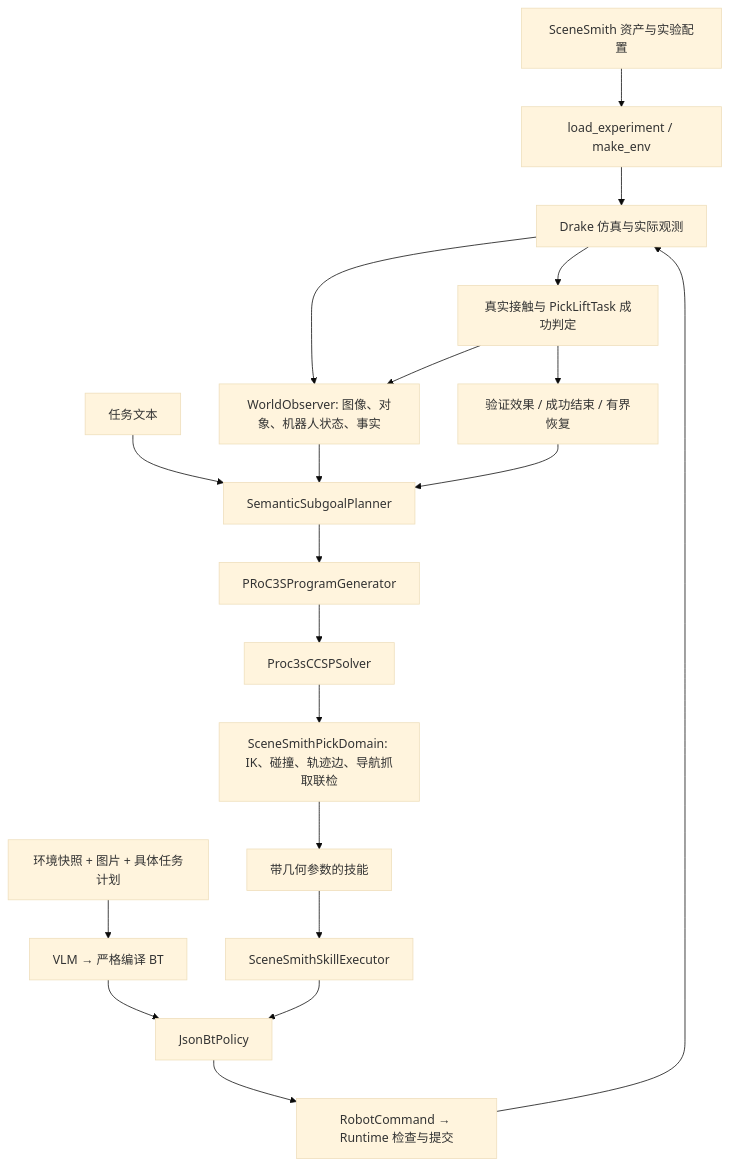
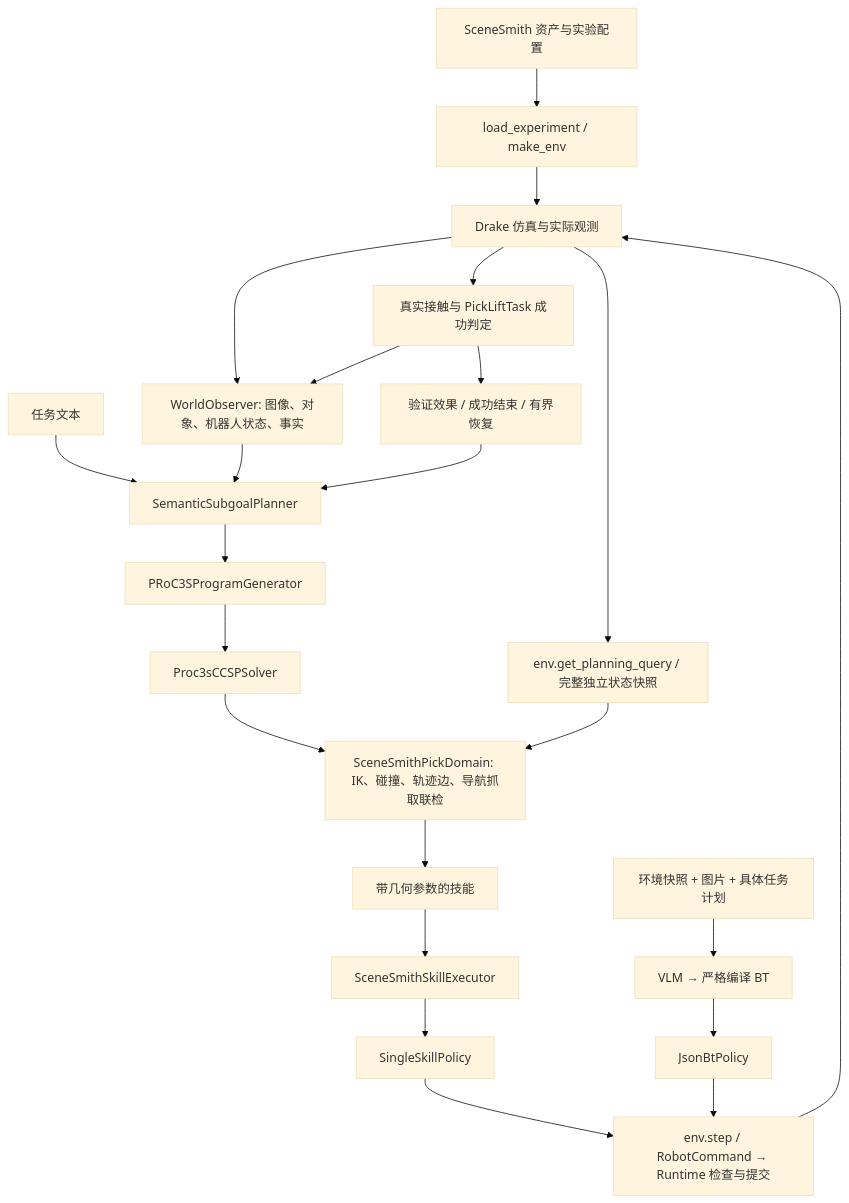
One commit to Zihan-W/scenesmith-simple-planner-eval changed the diagram in docs/CURRENT_ARCHITECTURE.md. Above: the diagram before and after it, drawn with Mermaid (base theme). The commit also changed other lines of this file and 179 other files, not shown here.

````diff
--- a/docs/CURRENT_ARCHITECTURE.md
+++ b/docs/CURRENT_ARCHITECTURE.md
@@ -16,22 +21,25 @@
 ```mermaid
 flowchart TD
     A[SceneSmith 资产与实验配置] --> B[load_experiment / make_env]
     B --> C[Drake 仿真与实际观测]
     D[环境快照 + 图片 + 具体任务计划] --> E[VLM → 严格编译 BT]
     E --> F[JsonBtPolicy]
     C --> G[WorldObserver: 图像、对象、机器人状态、事实]
     T[任务文本] --> H[SemanticSubgoalPlanner]
     G --> H
     H --> I[PRoC3SProgramGenerator]
     I --> J[Proc3sCCSPSolver]
     J --> K[SceneSmithPickDomain: IK、碰撞、轨迹边、导航抓取联检]
     K --> L[带几何参数的技能]
     L --> M[SceneSmithSkillExecutor]
-    M --> F
-    F --> N[RobotCommand → Runtime 检查与提交]
+    M --> Q[SingleSkillPolicy]
+    Q --> N[env.step / RobotCommand → Runtime 检查与提交]
+    F --> N
+    C --> R[env.get_planning_query / 完整独立状态快照]
+    R --> K
     N --> C
     C --> O[真实接触与 PickLiftTask 成功判定]
     O --> G
     O --> P[验证效果 / 成功结束 / 有界恢复]
     P --> H
 ```
````
